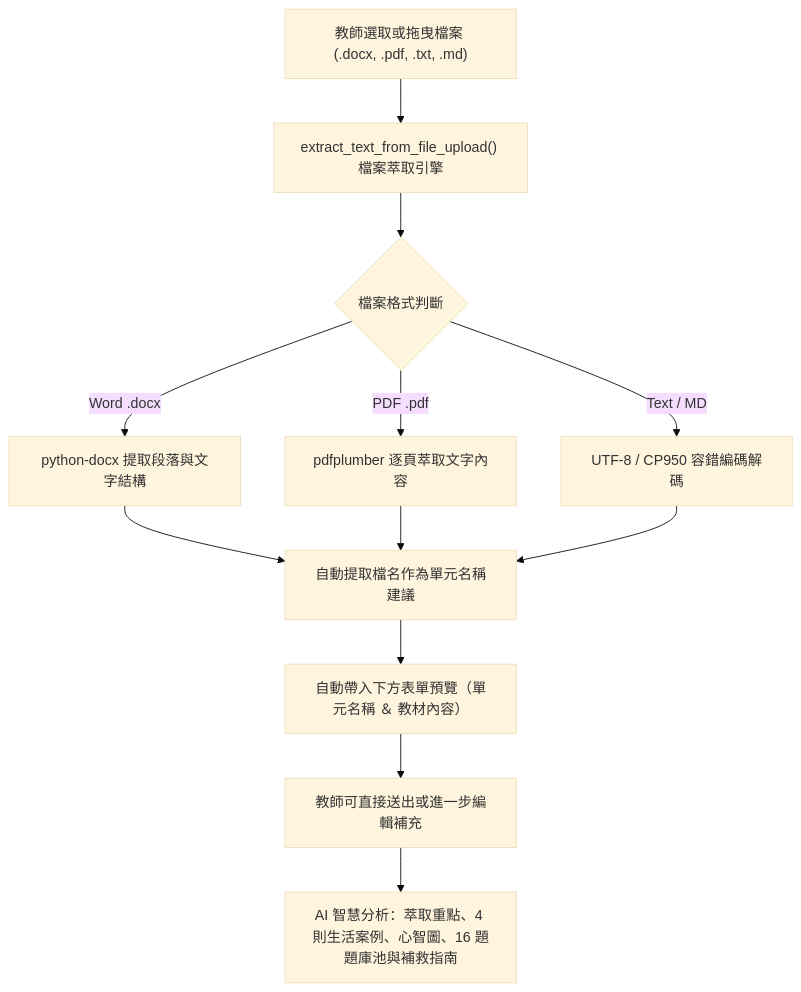
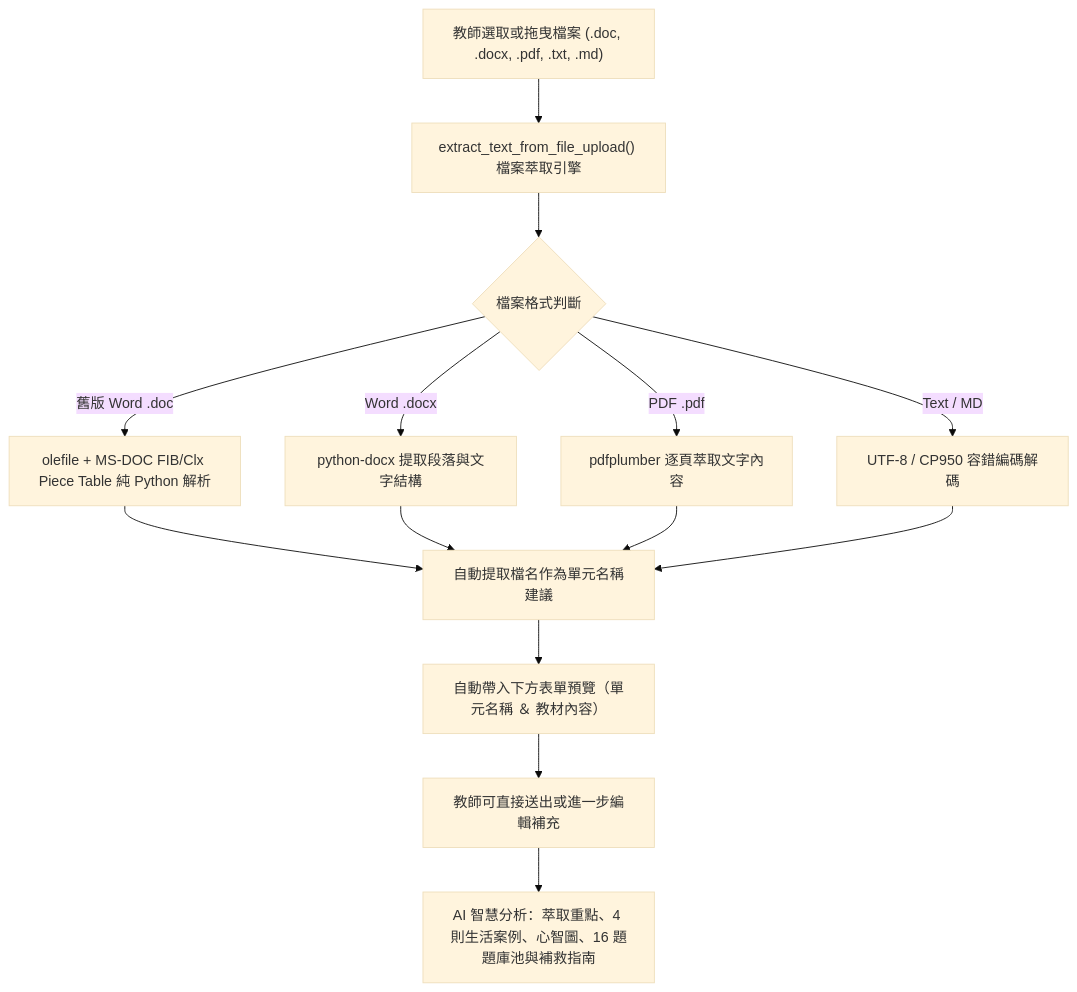
Before and after one commit to SevynLee777/CivilEdu_AI: the first of 2 diagrams in DEVELOPMENT_LOG_20261010.md, drawn with Mermaid (base theme). The commit also changed other lines of this file and 4 other files, not shown here.

Commit message:
feat: 支援舊版 Word 97-2003 (.doc) 檔案上傳與純 Python OLE2 解析，更新開發紀錄

````diff
--- a/DEVELOPMENT_LOG_20261010.md
+++ b/DEVELOPMENT_LOG_20261010.md
@@ -29,14 +30,16 @@
 ```mermaid
 flowchart TD
-    A["教師選取或拖曳檔案 (.docx, .pdf, .txt, .md)"] --> B["extract_text_from_file_upload() 檔案萃取引擎"]
+    A["教師選取或拖曳檔案 (.doc, .docx, .pdf, .txt, .md)"] --> B["extract_text_from_file_upload() 檔案萃取引擎"]
     B --> C1{"檔案格式判斷"}
+    C1 -->|舊版 Word .doc| D0["olefile + MS-DOC FIB/Clx Piece Table 純 Python 解析"]
     C1 -->|Word .docx| D1["python-docx 提取段落與文字結構"]
     C1 -->|PDF .pdf| D2["pdfplumber 逐頁萃取文字內容"]
     C1 -->|Text / MD| D3["UTF-8 / CP950 容錯編碼解碼"]
-    D1 --> E["自動提取檔名作為單元名稱建議"]
+    D0 --> E["自動提取檔名作為單元名稱建議"]
+    D1 --> E
     D2 --> E
     D3 --> E
     E --> F["自動帶入下方表單預覽（單元名稱 ＆ 教材內容）"]
     F --> G["教師可直接送出或進一步編輯補充"]
     G --> H["AI 智慧分析：萃取重點、4 則生活案例、心智圖、16 題題庫池與補救指南"]
 ```
````
